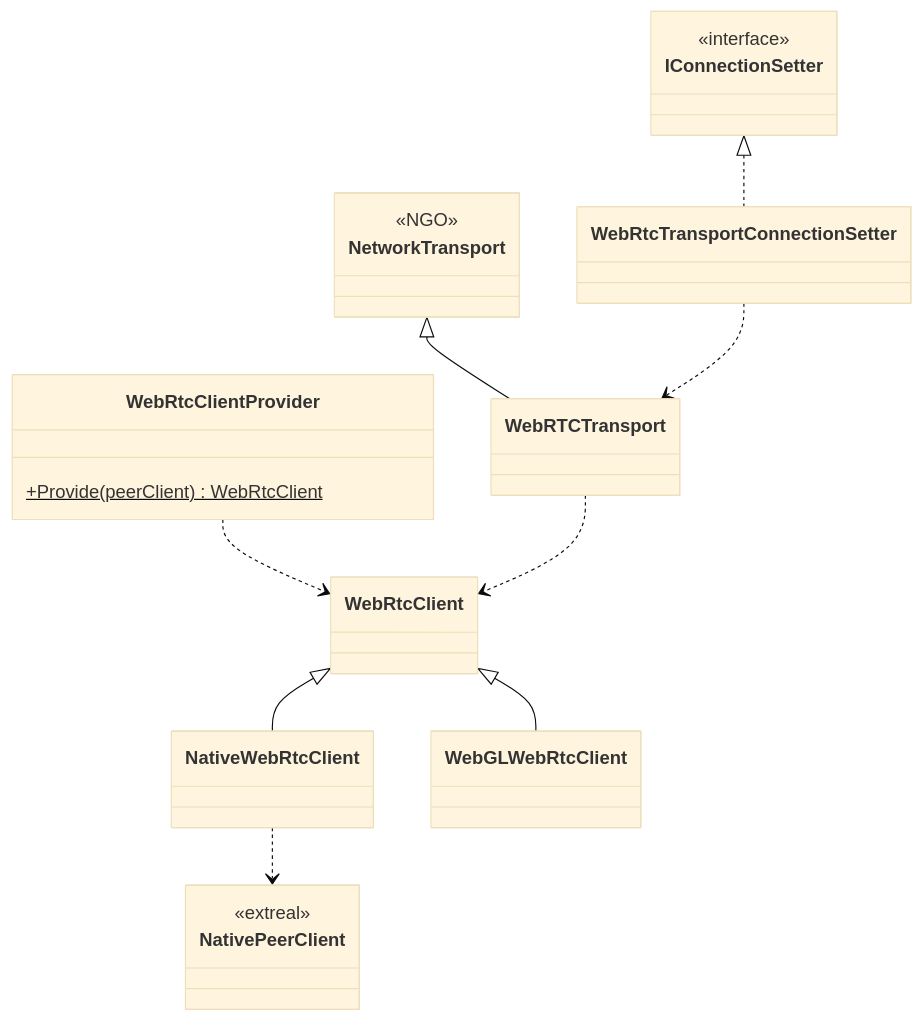
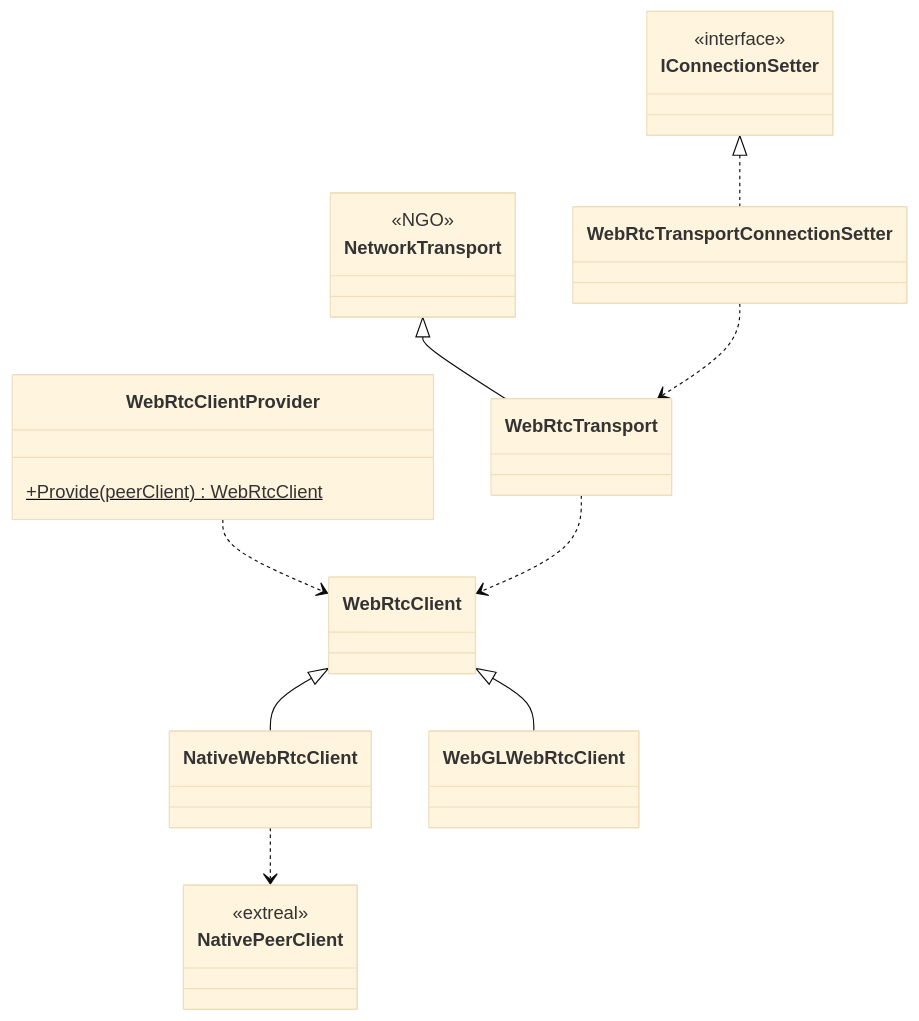
Before and after one commit to extreal-dev/Extreal.Guide: the second of 3 diagrams in docs/integration/multiplay.ngo.md, drawn with Mermaid (base theme). The commit also changed other lines of this file and 1 other file, not shown here.

Commit message:
Rename WebRtcTransport

````diff
--- a/docs/integration/multiplay.ngo.md
+++ b/docs/integration/multiplay.ngo.md
@@ -137,43 +137,43 @@
 ```mermaid
 classDiagram
 
-    NetworkTransport <|-- WebRTCTransport
+    NetworkTransport <|-- WebRtcTransport
     IConnectionSetter <|.. WebRtcTransportConnectionSetter
-    WebRtcTransportConnectionSetter ..> WebRTCTransport
+    WebRtcTransportConnectionSetter ..> WebRtcTransport
     WebRtcClientProvider ..> WebRtcClient
-    WebRTCTransport ..> WebRtcClient
+    WebRtcTransport ..> WebRtcClient
     WebRtcClient <|-- NativeWebRtcClient
     WebRtcClient <|-- WebGLWebRtcClient
     NativeWebRtcClient ..> NativePeerClient
 
     class NetworkTransport {
         <<NGO>>
     }
 
-    class WebRTCTransport {
+    class WebRtcTransport {
     }
 
     class IConnectionSetter {
         <<interface>>
     }
     
     class WebRtcTransportConnectionSetter {
     }
 
     class WebRtcClientProvider {
         +Provide(peerClient)$ WebRtcClient
     }
     
     class WebRtcClient {
     }
     
     class NativeWebRtcClient {
     }
     
     class WebGLWebRtcClient {
     }
     
     class NativePeerClient {
         <<extreal>>
     }
 ```
````
